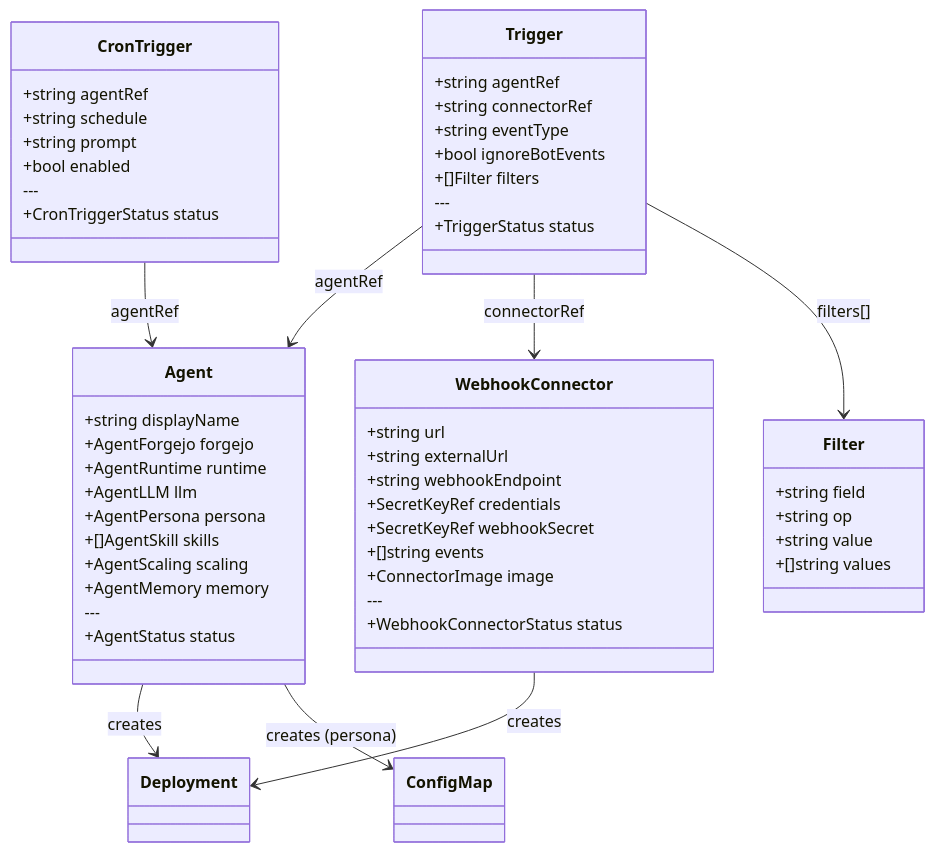
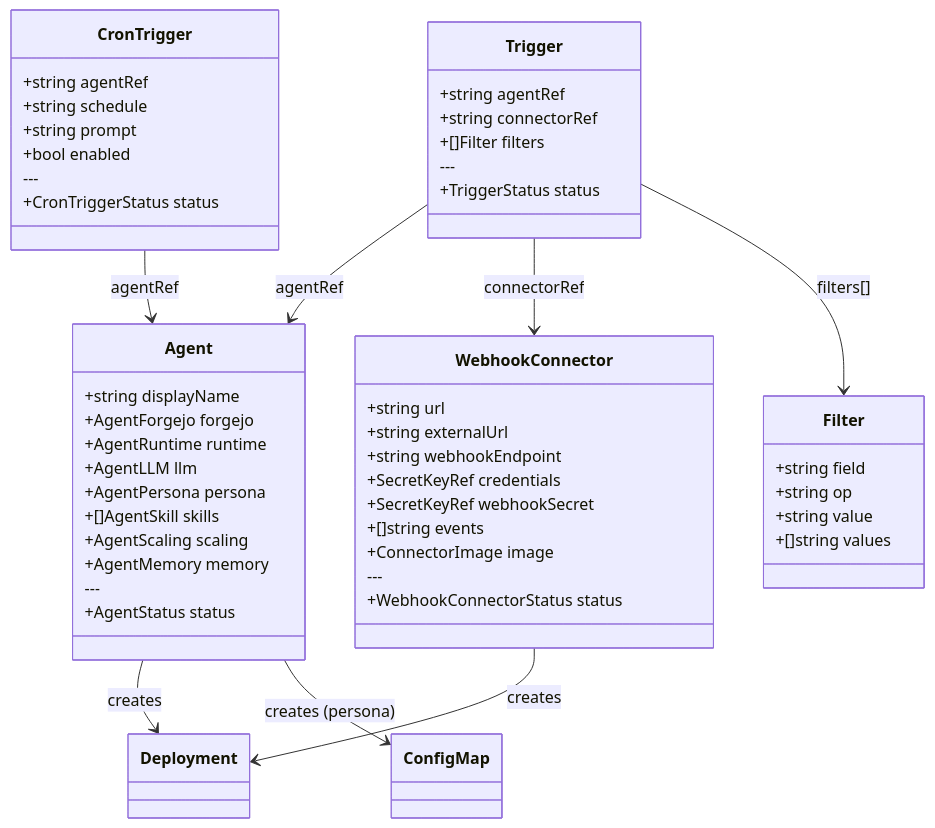
The fifth of 7 diagrams in docs/architecture.md (DominikPinsel/ainsel), drawn with Mermaid before and after one commit. The commit also changed other lines of this file and 12 other files, not shown here.

First line of the commit message:
docs: ship the as-built event-flow rewrite + finish the staleness sweep (#242)

````diff
--- a/docs/architecture.md
+++ b/docs/architecture.md
@@ -194,62 +216,60 @@
 ```mermaid
 classDiagram
     class Agent {
         +string displayName
         +AgentForgejo forgejo
         +AgentRuntime runtime
         +AgentLLM llm
         +AgentPersona persona
         +[]AgentSkill skills
         +AgentScaling scaling
         +AgentMemory memory
         ---
         +AgentStatus status
     }
 
     class Trigger {
         +string agentRef
         +string connectorRef
-        +string eventType
-        +bool ignoreBotEvents
         +[]Filter filters
         ---
         +TriggerStatus status
     }
 
     class WebhookConnector {
         +string url
         +string externalUrl
         +string webhookEndpoint
         +SecretKeyRef credentials
         +SecretKeyRef webhookSecret
         +[]string events
         +ConnectorImage image
         ---
         +WebhookConnectorStatus status
     }
 
     class Filter {
         +string field
         +string op
         +string value
         +[]string values
     }
 
     Trigger --> Agent : agentRef
     Trigger --> WebhookConnector : connectorRef
     Trigger --> Filter : filters[]
 
     class CronTrigger {
         +string agentRef
         +string schedule
         +string prompt
         +bool enabled
         ---
         +CronTriggerStatus status
     }
 
     CronTrigger --> Agent : agentRef
     Agent --> Deployment : creates
     Agent --> ConfigMap : creates (persona)
     WebhookConnector --> Deployment : creates
 ```
````
